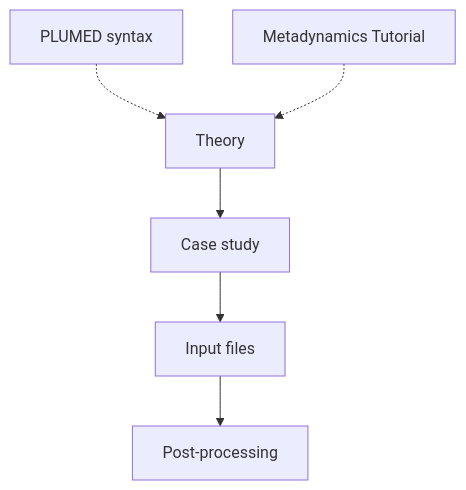
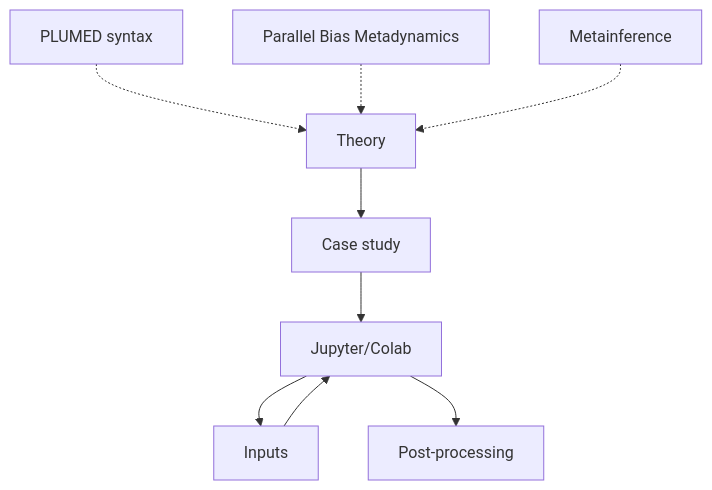
The diagram in NAVIGATION.md (vendruscolo-lab/AlphaFold-MetaInference-Tutorial), drawn with Mermaid before and after one commit. The commit also changed 2 other files, not shown here.

Commit message:
EMBED.yml

````diff
--- a/NAVIGATION.md
+++ b/NAVIGATION.md
@@ -22,15 +22,20 @@
 ```mermaid
 flowchart TB
-  A[PLUMED syntax] -.-> C[Theory];
-  B[Metadynamics Tutorial] -.->  C
-  C --> D[Case study]
-  D --> E[Input files]
-  E --> F[Post-processing]
-  
+  A[PLUMED syntax] -.-> D[Theory];
+  B[Parallel Bias Metadynamics] -.->  D;
+  C[Metainference] -.-> D;
+  D --> E[Case study];
+  E --> F[Jupyter/Colab]
+  F --> G[Inputs]
+  G --> F[Jupyter/Colab]
+  F --> H[Post-processing]
+
   click A "syntax" "This lesson teaches you the basic features of the PLUMED input syntax"
-  click B "metad" "This lesson teaches you how to perform and analyze Metadynamics simulations"
-  click C "theory.md" "AlphaFold-Metainference theory intro & overview"
-  click D "case_study.md" "Case study: TDP-43 monomer dyamics"
-  click E "input.md" "Input files preparation"
-  click F "posprocessing.md" "Structural ensemble generation and post-processing analysis"
+  click B "PBMetaD" "This lesson teaches you how to perform and analyze Metadynamics simulations"
+  click C "Metainference" "This lesson teaches you how to perform and analyze Metadynamics simulations"
+  click D "theory.md" "AlphaFold-Metainference theory intro & overview"
+  click E "case_study.md" "Case study: TDP-43 monomer dyamics"
+  click F "AF-MIcolab" "AF-MI colab performing software installation, system preparation, AF-MI simulation and post-processing analysis"
+  click G "input.md" "Input: Protein sequence,  AF-MI simulation data and parameters"
+  click H "posprocessing.md" "Structural ensemble generation and post-processing analysis"
 ```
````
